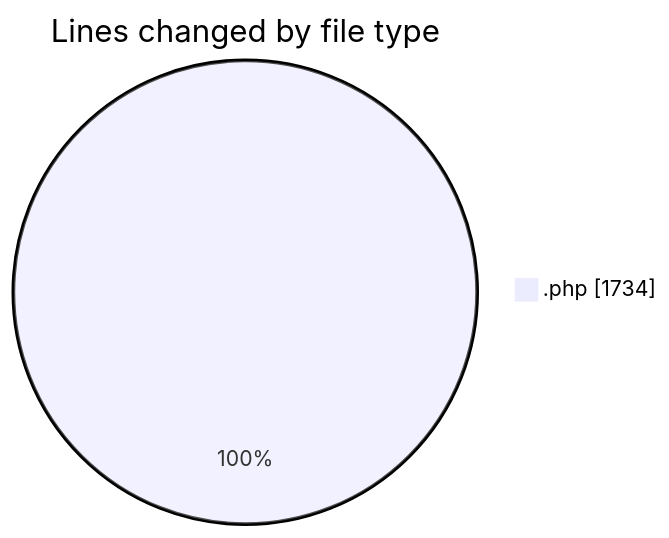
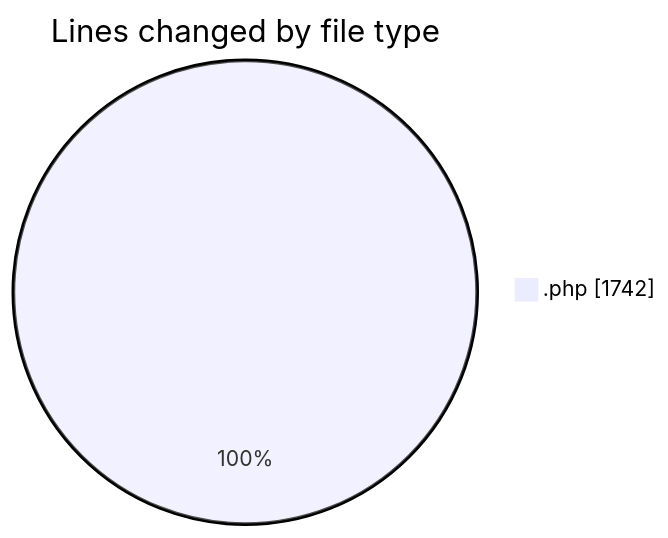
One commit to LanceThiago/code-tracking changed the first of 2 diagrams in 2026-08-28/oficina/README.md. Above: the diagram before and after it, drawn with Mermaid. The commit also changed other lines of this file and 1 other file, not shown here.

````diff
--- a/2026-08-28/oficina/README.md
+++ b/2026-08-28/oficina/README.md
@@ -20,5 +20,5 @@
 ```mermaid
 pie showData
 title Lines changed by file type
-".php" : 1734
+".php" : 1742
 ```
````
